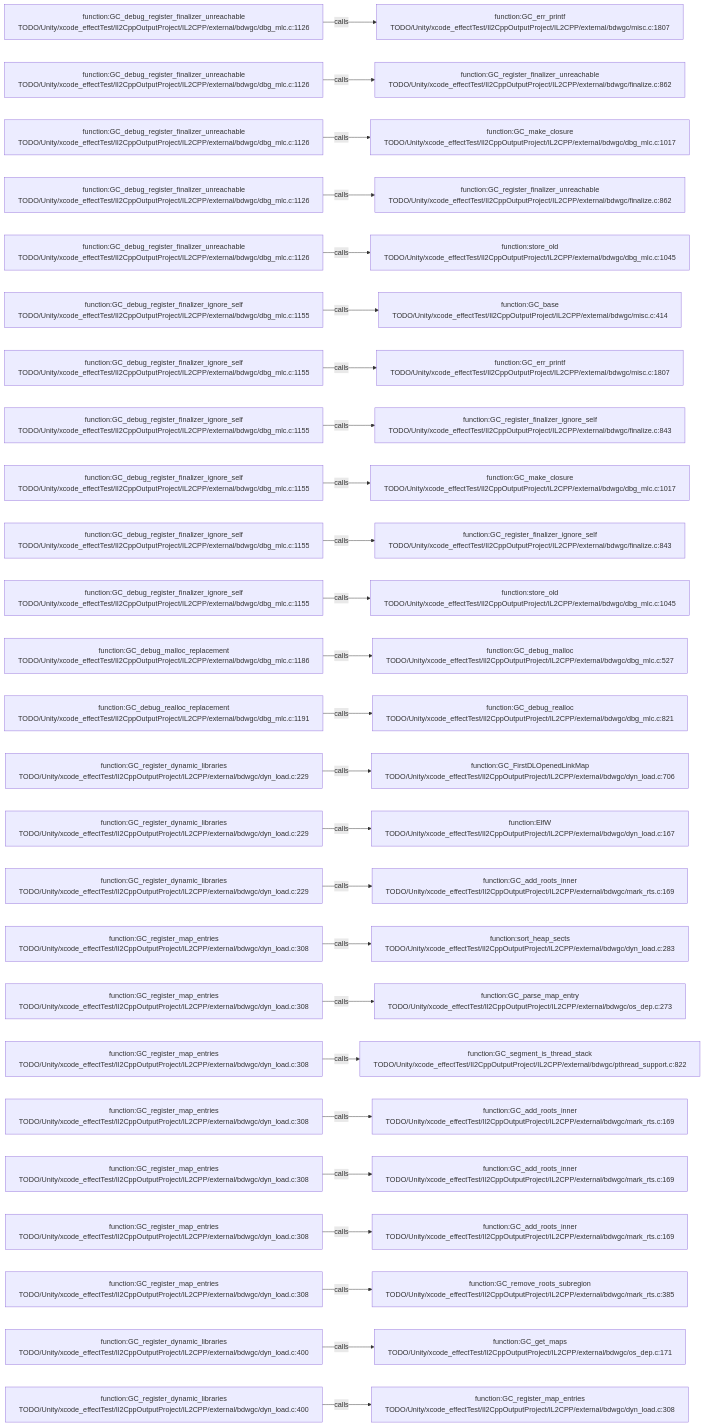
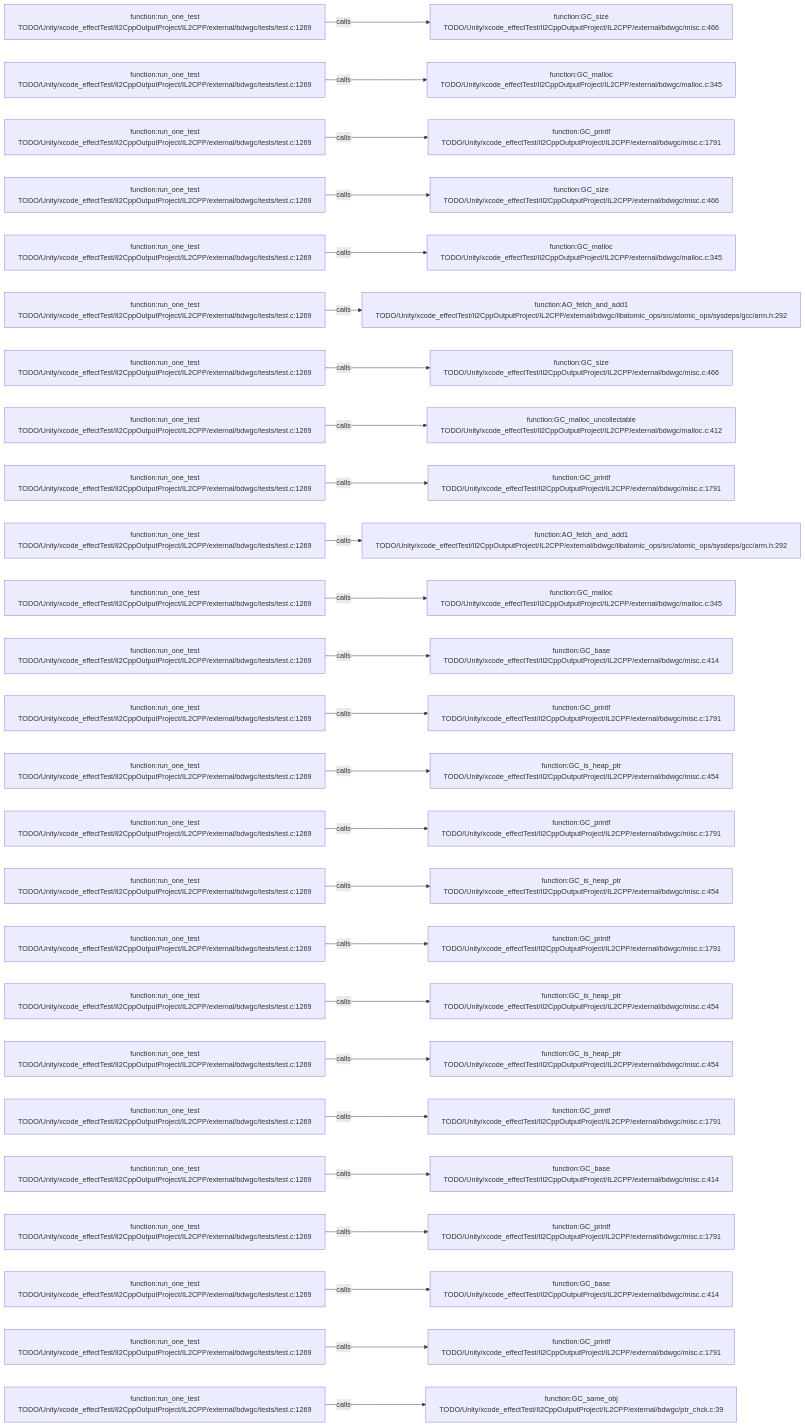
One commit to JobsKits/JobsSwiftBaseConfigDemo changed the diagram in .codegraph/codegraph.md/graphs/calls-170.md. Above: the diagram before and after it, drawn with Mermaid. The commit also changed 227 other files, not shown here.

````diff
--- a/.codegraph/codegraph.md/graphs/calls-170.md
+++ b/.codegraph/codegraph.md/graphs/calls-170.md
@@ -13,78 +13,78 @@
 ```mermaid
 flowchart LR
-  S1["function:GC_debug_register_finalizer_unreachable<br/>TODO/Unity/xcode_effectTest/Il2CppOutputProject/IL2CPP/external/bdwgc/dbg_mlc.c:1126"]
-  T1["function:GC_err_printf<br/>TODO/Unity/xcode_effectTest/Il2CppOutputProject/IL2CPP/external/bdwgc/misc.c:1807"]
+  S1["function:run_one_test<br/>TODO/Unity/xcode_effectTest/Il2CppOutputProject/IL2CPP/external/bdwgc/tests/test.c:1269"]
+  T1["function:GC_size<br/>TODO/Unity/xcode_effectTest/Il2CppOutputProject/IL2CPP/external/bdwgc/misc.c:466"]
   S1 -->|calls| T1
-  S2["function:GC_debug_register_finalizer_unreachable<br/>TODO/Unity/xcode_effectTest/Il2CppOutputProject/IL2CPP/external/bdwgc/dbg_mlc.c:1126"]
-  T2["function:GC_register_finalizer_unreachable<br/>TODO/Unity/xcode_effectTest/Il2CppOutputProject/IL2CPP/external/bdwgc/finalize.c:862"]
+  S2["function:run_one_test<br/>TODO/Unity/xcode_effectTest/Il2CppOutputProject/IL2CPP/external/bdwgc/tests/test.c:1269"]
+  T2["function:GC_malloc<br/>TODO/Unity/xcode_effectTest/Il2CppOutputProject/IL2CPP/external/bdwgc/malloc.c:345"]
   S2 -->|calls| T2
-  S3["function:GC_debug_register_finalizer_unreachable<br/>TODO/Unity/xcode_effectTest/Il2CppOutputProject/IL2CPP/external/bdwgc/dbg_mlc.c:1126"]
-  T3["function:GC_make_closure<br/>TODO/Unity/xcode_effectTest/Il2CppOutputProject/IL2CPP/external/bdwgc/dbg_mlc.c:1017"]
+  S3["function:run_one_test<br/>TODO/Unity/xcode_effectTest/Il2CppOutputProject/IL2CPP/external/bdwgc/tests/test.c:1269"]
+  T3["function:GC_printf<br/>TODO/Unity/xcode_effectTest/Il2CppOutputProject/IL2CPP/external/bdwgc/misc.c:1791"]
   S3 -->|calls| T3
-  S4["function:GC_debug_register_finalizer_unreachable<br/>TODO/Unity/xcode_effectTest/Il2CppOutputProject/IL2CPP/external/bdwgc/dbg_mlc.c:1126"]
-  T4["function:GC_register_finalizer_unreachable<br/>TODO/Unity/xcode_effectTest/Il2CppOutputProject/IL2CPP/external/bdwgc/finalize.c:862"]
+  S4["function:run_one_test<br/>TODO/Unity/xcode_effectTest/Il2CppOutputProject/IL2CPP/external/bdwgc/tests/test.c:1269"]
+  T4["function:GC_size<br/>TODO/Unity/xcode_effectTest/Il2CppOutputProject/IL2CPP/external/bdwgc/misc.c:466"]
   S4 -->|calls| T4
-  S5["function:GC_debug_register_finalizer_unreachable<br/>TODO/Unity/xcode_effectTest/Il2CppOutputProject/IL2CPP/external/bdwgc/dbg_mlc.c:1126"]
-  T5["function:store_old<br/>TODO/Unity/xcode_effectTest/Il2CppOutputProject/IL2CPP/external/bdwgc/dbg_mlc.c:1045"]
+  S5["function:run_one_test<br/>TODO/Unity/xcode_effectTest/Il2CppOutputProject/IL2CPP/external/bdwgc/tests/test.c:1269"]
+  T5["function:GC_malloc<br/>TODO/Unity/xcode_effectTest/Il2CppOutputProject/IL2CPP/external/bdwgc/malloc.c:345"]
   S5 -->|calls| T5
-  S6["function:GC_debug_register_finalizer_ignore_self<br/>TODO/Unity/xcode_effectTest/Il2CppOutputProject/IL2CPP/external/bdwgc/dbg_mlc.c:1155"]
-  T6["function:GC_base<br/>TODO/Unity/xcode_effectTest/Il2CppOutputProject/IL2CPP/external/bdwgc/misc.c:414"]
+  S6["function:run_one_test<br/>TODO/Unity/xcode_effectTest/Il2CppOutputProject/IL2CPP/external/bdwgc/tests/test.c:1269"]
+  T6["function:AO_fetch_and_add1<br/>TODO/Unity/xcode_effectTest/Il2CppOutputProject/IL2CPP/external/bdwgc/libatomic_ops/src/atomic_ops/sysdeps/gcc/arm.h:292"]
   S6 -->|calls| T6
-  S7["function:GC_debug_register_finalizer_ignore_self<br/>TODO/Unity/xcode_effectTest/Il2CppOutputProject/IL2CPP/external/bdwgc/dbg_mlc.c:1155"]
-  T7["function:GC_err_printf<br/>TODO/Unity/xcode_effectTest/Il2CppOutputProject/IL2CPP/external/bdwgc/misc.c:1807"]
+  S7["function:run_one_test<br/>TODO/Unity/xcode_effectTest/Il2CppOutputProject/IL2CPP/external/bdwgc/tests/test.c:1269"]
+  T7["function:GC_size<br/>TODO/Unity/xcode_effectTest/Il2CppOutputProject/IL2CPP/external/bdwgc/misc.c:466"]
   S7 -->|calls| T7
-  S8["function:GC_debug_register_finalizer_ignore_self<br/>TODO/Unity/xcode_effectTest/Il2CppOutputProject/IL2CPP/external/bdwgc/dbg_mlc.c:1155"]
-  T8["function:GC_register_finalizer_ignore_self<br/>TODO/Unity/xcode_effectTest/Il2CppOutputProject/IL2CPP/external/bdwgc/finalize.c:843"]
+  S8["function:run_one_test<br/>TODO/Unity/xcode_effectTest/Il2CppOutputProject/IL2CPP/external/bdwgc/tests/test.c:1269"]
+  T8["function:GC_malloc_uncollectable<br/>TODO/Unity/xcode_effectTest/Il2CppOutputProject/IL2CPP/external/bdwgc/malloc.c:412"]
   S8 -->|calls| T8
-  S9["function:GC_debug_register_finalizer_ignore_self<br/>TODO/Unity/xcode_effectTest/Il2CppOutputProject/IL2CPP/external/bdwgc/dbg_mlc.c:1155"]
-  T9["function:GC_make_closure<br/>TODO/Unity/xcode_effectTest/Il2CppOutputProject/IL2CPP/external/bdwgc/dbg_mlc.c:1017"]
+  S9["function:run_one_test<br/>TODO/Unity/xcode_effectTest/Il2CppOutputProject/IL2CPP/external/bdwgc/tests/test.c:1269"]
+  T9["function:GC_printf<br/>TODO/Unity/xcode_effectTest/Il2CppOutputProject/IL2CPP/external/bdwgc/misc.c:1791"]
   S9 -->|calls| T9
-  S10["function:GC_debug_register_finalizer_ignore_self<br/>TODO/Unity/xcode_effectTest/Il2CppOutputProject/IL2CPP/external/bdwgc/dbg_mlc.c:1155"]
-  T10["function:GC_register_finalizer_ignore_self<br/>TODO/Unity/xcode_effectTest/Il2CppOutputProject/IL2CPP/external/bdwgc/finalize.c:843"]
+  S10["function:run_one_test<br/>TODO/Unity/xcode_effectTest/Il2CppOutputProject/IL2CPP/external/bdwgc/tests/test.c:1269"]
+  T10["function:AO_fetch_and_add1<br/>TODO/Unity/xcode_effectTest/Il2CppOutputProject/IL2CPP/external/bdwgc/libatomic_ops/src/atomic_ops/sysdeps/gcc/arm.h:292"]
   S10 -->|calls| T10
-  S11["function:GC_debug_register_finalizer_ignore_self<br/>TODO/Unity/xcode_effectTest/Il2CppOutputProject/IL2CPP/external/bdwgc/dbg_mlc.c:1155"]
-  T11["function:store_old<br/>TODO/Unity/xcode_effectTest/Il2CppOutputProject/IL2CPP/external/bdwgc/dbg_mlc.c:1045"]
+  S11["function:run_one_test<br/>TODO/Unity/xcode_effectTest/Il2CppOutputProject/IL2CPP/external/bdwgc/tests/test.c:1269"]
+  T11["function:GC_malloc<br/>TODO/Unity/xcode_effectTest/Il2CppOutputProject/IL2CPP/external/bdwgc/malloc.c:345"]
   S11 -->|calls| T11
-  S12["function:GC_debug_malloc_replacement<br/>TODO/Unity/xcode_effectTest/Il2CppOutputProject/IL2CPP/external/bdwgc/dbg_mlc.c:1186"]
-  T12["function:GC_debug_malloc<br/>TODO/Unity/xcode_effectTest/Il2CppOutputProject/IL2CPP/external/bdwgc/dbg_mlc.c:527"]
+  S12["function:run_one_test<br/>TODO/Unity/xcode_effectTest/Il2CppOutputProject/IL2CPP/external/bdwgc/tests/test.c:1269"]
+  T12["function:GC_base<br/>TODO/Unity/xcode_effectTest/Il2CppOutputProject/IL2CPP/external/bdwgc/misc.c:414"]
   S12 -->|calls| T12
-  S13["function:GC_debug_realloc_replacement<br/>TODO/Unity/xcode_effectTest/Il2CppOutputProject/IL2CPP/external/bdwgc/dbg_mlc.c:1191"]
-  T13["function:GC_debug_realloc<br/>TODO/Unity/xcode_effectTest/Il2CppOutputProject/IL2CPP/external/bdwgc/dbg_mlc.c:821"]
+  S13["function:run_one_test<br/>TODO/Unity/xcode_effectTest/Il2CppOutputProject/IL2CPP/external/bdwgc/tests/test.c:1269"]
+  T13["function:GC_printf<br/>TODO/Unity/xcode_effectTest/Il2CppOutputProject/IL2CPP/external/bdwgc/misc.c:1791"]
   S13 -->|calls| T13
-  S14["function:GC_register_dynamic_libraries<br/>TODO/Unity/xcode_effectTest/Il2CppOutputProject/IL2CPP/external/bdwgc/dyn_load.c:229"]
-  T14["function:GC_FirstDLOpenedLinkMap<br/>TODO/Unity/xcode_effectTest/Il2CppOutputProject/IL2CPP/external/bdwgc/dyn_load.c:706"]
+  S14["function:run_one_test<br/>TODO/Unity/xcode_effectTest/Il2CppOutputProject/IL2CPP/external/bdwgc/tests/test.c:1269"]
+  T14["function:GC_is_heap_ptr<br/>TODO/Unity/xcode_effectTest/Il2CppOutputProject/IL2CPP/external/bdwgc/misc.c:454"]
   S14 -->|calls| T14
-  S15["function:GC_register_dynamic_libraries<br/>TODO/Unity/xcode_effectTest/Il2CppOutputProject/IL2CPP/external/bdwgc/dyn_load.c:229"]
-  T15["function:ElfW<br/>TODO/Unity/xcode_effectTest/Il2CppOutputProject/IL2CPP/external/bdwgc/dyn_load.c:167"]
+  S15["function:run_one_test<br/>TODO/Unity/xcode_effectTest/Il2CppOutputProject/IL2CPP/external/bdwgc/tests/test.c:1269"]
+  T15["function:GC_printf<br/>TODO/Unity/xcode_effectTest/Il2CppOutputProject/IL2CPP/external/bdwgc/misc.c:1791"]
   S15 -->|calls| T15
-  S16["function:GC_register_dynamic_libraries<br/>TODO/Unity/xcode_effectTest/Il2CppOutputProject/IL2CPP/external/bdwgc/dyn_load.c:229"]
-  T16["function:GC_add_roots_inner<br/>TODO/Unity/xcode_effectTest/Il2CppOutputProject/IL2CPP/external/bdwgc/mark_rts.c:169"]
+  S16["function:run_one_test<br/>TODO/Unity/xcode_effectTest/Il2CppOutputProject/IL2CPP/external/bdwgc/tests/test.c:1269"]
+  T16["function:GC_is_heap_ptr<br/>TODO/Unity/xcode_effectTest/Il2CppOutputProject/IL2CPP/external/bdwgc/misc.c:454"]
   S16 -->|calls| T16
-  S17["function:GC_register_map_entries<br/>TODO/Unity/xcode_effectTest/Il2CppOutputProject/IL2CPP/external/bdwgc/dyn_load.c:308"]
-  T17["function:sort_heap_sects<br/>TODO/Unity/xcode_effectTest/Il2CppOutputProject/IL2CPP/external/bdwgc/dyn_load.c:283"]
+  S17["function:run_one_test<br/>TODO/Unity/xcode_effectTest/Il2CppOutputProject/IL2CPP/external/bdwgc/tests/test.c:1269"]
+  T17["function:GC_printf<br/>TODO/Unity/xcode_effectTest/Il2CppOutputProject/IL2CPP/external/bdwgc/misc.c:1791"]
   S17 -->|calls| T17
-  S18["function:GC_register_map_entries<br/>TODO/Unity/xcode_effectTest/Il2CppOutputProject/IL2CPP/external/bdwgc/dyn_load.c:308"]
-  T18["function:GC_parse_map_entry<br/>TODO/Unity/xcode_effectTest/Il2CppOutputProject/IL2CPP/external/bdwgc/os_dep.c:273"]
+  S18["function:run_one_test<br/>TODO/Unity/xcode_effectTest/Il2CppOutputProject/IL2CPP/external/bdwgc/tests/test.c:1269"]
+  T18["function:GC_is_heap_ptr<br/>TODO/Unity/xcode_effectTest/Il2CppOutputProject/IL2CPP/external/bdwgc/misc.c:454"]
   S18 -->|calls| T18
-  S19["function:GC_register_map_entries<br/>TODO/Unity/xcode_effectTest/Il2CppOutputProject/IL2CPP/external/bdwgc/dyn_load.c:308"]
-  T19["function:GC_segment_is_thread_stack<br/>TODO/Unity/xcode_effectTest/Il2CppOutputProject/IL2CPP/external/bdwgc/pthread_support.c:822"]
+  S19["function:run_one_test<br/>TODO/Unity/xcode_effectTest/Il2CppOutputProject/IL2CPP/external/bdwgc/tests/test.c:1269"]
+  T19["function:GC_is_heap_ptr<br/>TODO/Unity/xcode_effectTest/Il2CppOutputProject/IL2CPP/external/bdwgc/misc.c:454"]
   S19 -->|calls| T19
-  S20["function:GC_register_map_entries<br/>TODO/Unity/xcode_effectTest/Il2CppOutputProject/IL2CPP/external/bdwgc/dyn_load.c:308"]
-  T20["function:GC_add_roots_inner<br/>TODO/Unity/xcode_effectTest/Il2CppOutputProject/IL2CPP/external/bdwgc/mark_rts.c:169"]
+  S20["function:run_one_test<br/>TODO/Unity/xcode_effectTest/Il2CppOutputProject/IL2CPP/external/bdwgc/tests/test.c:1269"]
+  T20["function:GC_printf<br/>TODO/Unity/xcode_effectTest/Il2CppOutputProject/IL2CPP/external/bdwgc/misc.c:1791"]
   S20 -->|calls| T20
-  S21["function:GC_register_map_entries<br/>TODO/Unity/xcode_effectTest/Il2CppOutputProject/IL2CPP/external/bdwgc/dyn_load.c:308"]
-  T21["function:GC_add_roots_inner<br/>TODO/Unity/xcode_effectTest/Il2CppOutputProject/IL2CPP/external/bdwgc/mark_rts.c:169"]
+  S21["function:run_one_test<br/>TODO/Unity/xcode_effectTest/Il2CppOutputProject/IL2CPP/external/bdwgc/tests/test.c:1269"]
+  T21["function:GC_base<br/>TODO/Unity/xcode_effectTest/Il2CppOutputProject/IL2CPP/external/bdwgc/misc.c:414"]
   S21 -->|calls| T21
-  S22["function:GC_register_map_entries<br/>TODO/Unity/xcode_effectTest/Il2CppOutputProject/IL2CPP/external/bdwgc/dyn_load.c:308"]
-  T22["function:GC_add_roots_inner<br/>TODO/Unity/xcode_effectTest/Il2CppOutputProject/IL2CPP/external/bdwgc/mark_rts.c:169"]
+  S22["function:run_one_test<br/>TODO/Unity/xcode_effectTest/Il2CppOutputProject/IL2CPP/external/bdwgc/tests/test.c:1269"]
+  T22["function:GC_printf<br/>TODO/Unity/xcode_effectTest/Il2CppOutputProject/IL2CPP/external/bdwgc/misc.c:1791"]
   S22 -->|calls| T22
-  S23["function:GC_register_map_entries<br/>TODO/Unity/xcode_effectTest/Il2CppOutputProject/IL2CPP/external/bdwgc/dyn_load.c:308"]
-  T23["function:GC_remove_roots_subregion<br/>TODO/Unity/xcode_effectTest/Il2CppOutputProject/IL2CPP/external/bdwgc/mark_rts.c:385"]
+  S23["function:run_one_test<br/>TODO/Unity/xcode_effectTest/Il2CppOutputProject/IL2CPP/external/bdwgc/tests/test.c:1269"]
+  T23["function:GC_base<br/>TODO/Unity/xcode_effectTest/Il2CppOutputProject/IL2CPP/external/bdwgc/misc.c:414"]
   S23 -->|calls| T23
-  S24["function:GC_register_dynamic_libraries<br/>TODO/Unity/xcode_effectTest/Il2CppOutputProject/IL2CPP/external/bdwgc/dyn_load.c:400"]
-  T24["function:GC_get_maps<br/>TODO/Unity/xcode_effectTest/Il2CppOutputProject/IL2CPP/external/bdwgc/os_dep.c:171"]
+  S24["function:run_one_test<br/>TODO/Unity/xcode_effectTest/Il2CppOutputProject/IL2CPP/external/bdwgc/tests/test.c:1269"]
+  T24["function:GC_printf<br/>TODO/Unity/xcode_effectTest/Il2CppOutputProject/IL2CPP/external/bdwgc/misc.c:1791"]
   S24 -->|calls| T24
-  S25["function:GC_register_dynamic_libraries<br/>TODO/Unity/xcode_effectTest/Il2CppOutputProject/IL2CPP/external/bdwgc/dyn_load.c:400"]
-  T25["function:GC_register_map_entries<br/>TODO/Unity/xcode_effectTest/Il2CppOutputProject/IL2CPP/external/bdwgc/dyn_load.c:308"]
+  S25["function:run_one_test<br/>TODO/Unity/xcode_effectTest/Il2CppOutputProject/IL2CPP/external/bdwgc/tests/test.c:1269"]
+  T25["function:GC_same_obj<br/>TODO/Unity/xcode_effectTest/Il2CppOutputProject/IL2CPP/external/bdwgc/ptr_chck.c:39"]
   S25 -->|calls| T25
 ```
````
